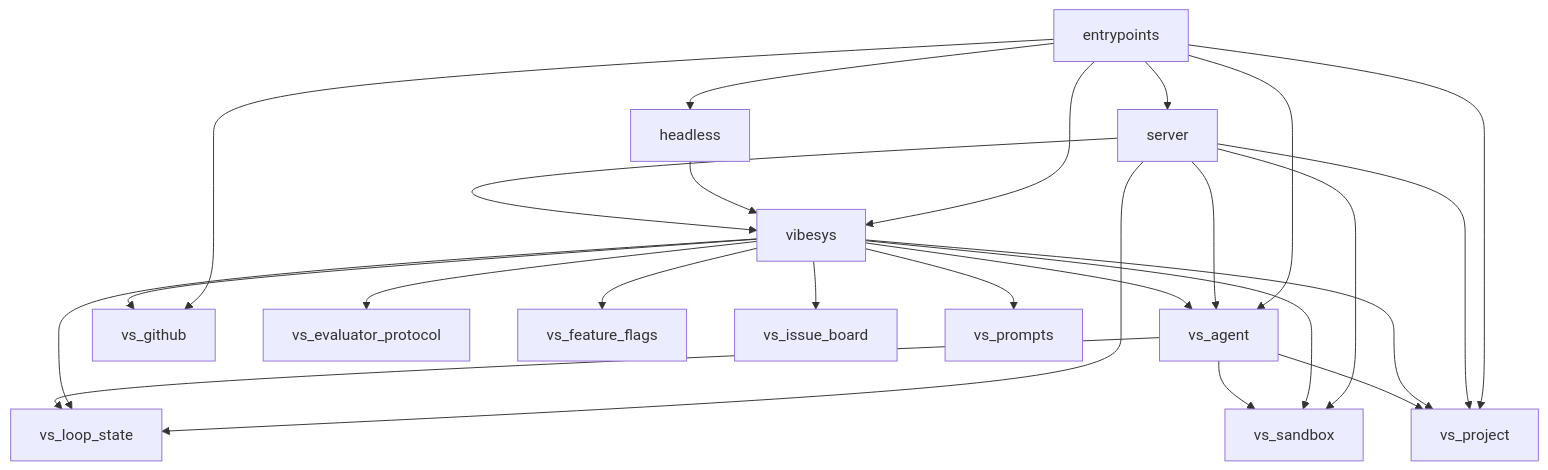
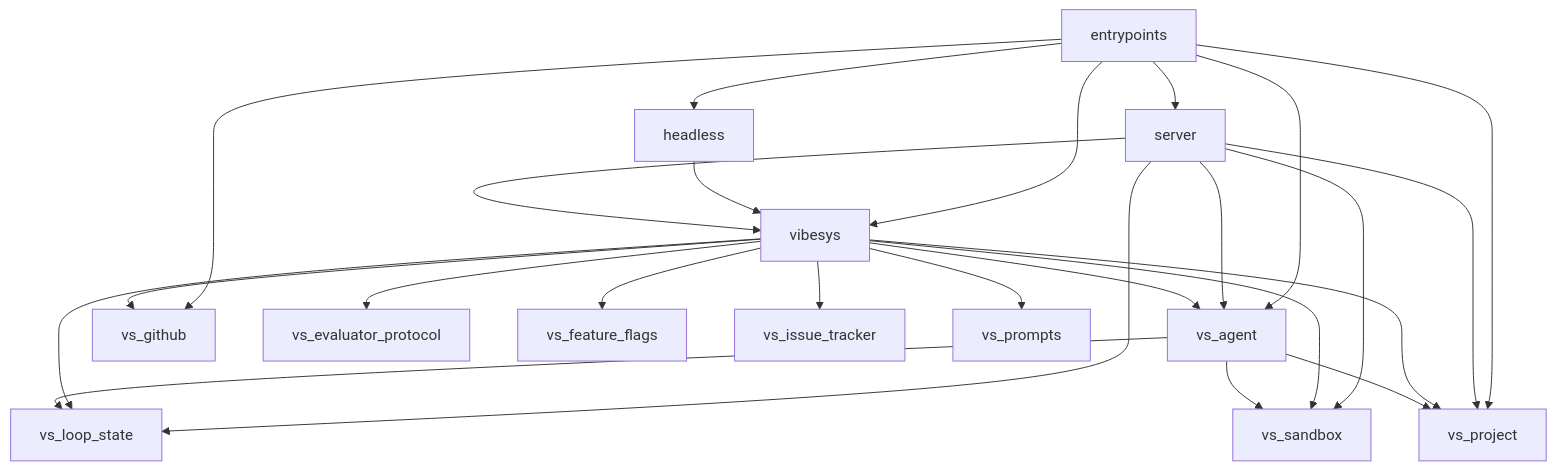
Before and after one commit to uw-syfi/vibesys: the first of 3 diagrams in docs/contributing/architecture.md, drawn with Mermaid. The commit also changed other lines of this file and 57 other files, not shown here.

Commit message:
feat: add GitHub issue tracker backend

````diff
--- a/docs/contributing/architecture.md
+++ b/docs/contributing/architecture.md
@@ -38,27 +38,27 @@
 ```mermaid
 graph TD
     entrypoints --> headless
     entrypoints --> server
     entrypoints --> vibesys
     entrypoints --> vs_agent
     entrypoints --> vs_github
     entrypoints --> vs_project
     headless --> vibesys
     server --> vibesys
     server --> vs_agent
     server --> vs_loop_state
     server --> vs_project
     server --> vs_sandbox
     vibesys --> vs_agent
     vibesys --> vs_evaluator_protocol
     vibesys --> vs_feature_flags
     vibesys --> vs_github
-    vibesys --> vs_issue_board
+    vibesys --> vs_issue_tracker
     vibesys --> vs_loop_state
     vibesys --> vs_project
     vibesys --> vs_prompts
     vibesys --> vs_sandbox
     vs_agent --> vs_loop_state
     vs_agent --> vs_project
     vs_agent --> vs_sandbox
 ```
````
